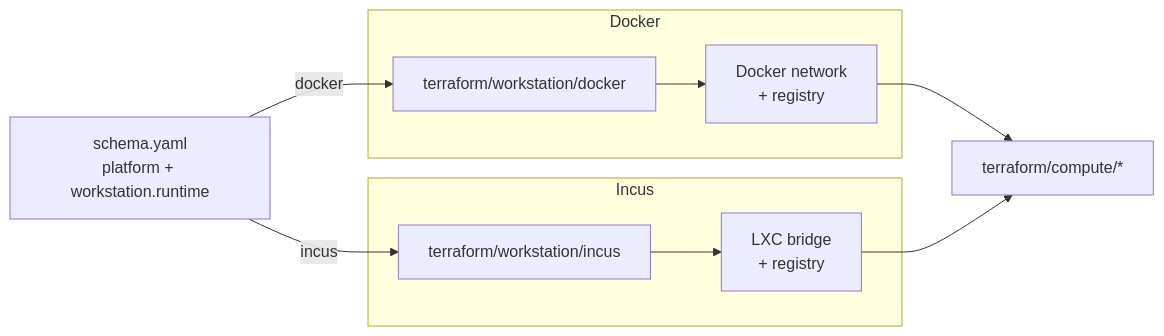
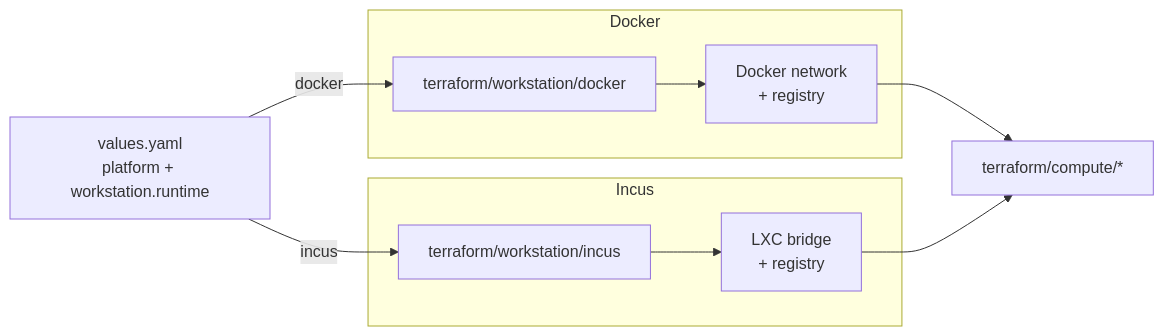
Before and after one commit to windsorcli/core: the diagram in terraform/workstation/README.md, drawn with Mermaid. The commit also changed 7 other files, not shown here.

Commit message:
chore(docs): update README files to replace 'schema' with 'values' in flowcharts

````diff
--- a/terraform/workstation/README.md
+++ b/terraform/workstation/README.md
@@ -21,23 +21,23 @@
 ```mermaid
 flowchart LR
-  schema[schema.yaml<br/>platform + workstation.runtime]
+  values[values.yaml<br/>platform + workstation.runtime]
 
   subgraph dockerpath[Docker]
     tfDocker[terraform/workstation/docker]
     dockerNet[Docker network<br/>+ registry]
   end
 
   subgraph incuspath[Incus]
     tfIncus[terraform/workstation/incus]
     incusBr[LXC bridge<br/>+ registry]
   end
 
   compute[terraform/compute/*]
 
-  schema -->|docker| tfDocker
-  schema -->|incus| tfIncus
+  values -->|docker| tfDocker
+  values -->|incus| tfIncus
   tfDocker --> dockerNet
   tfIncus --> incusBr
   dockerNet --> compute
   incusBr --> compute
 ```
````
